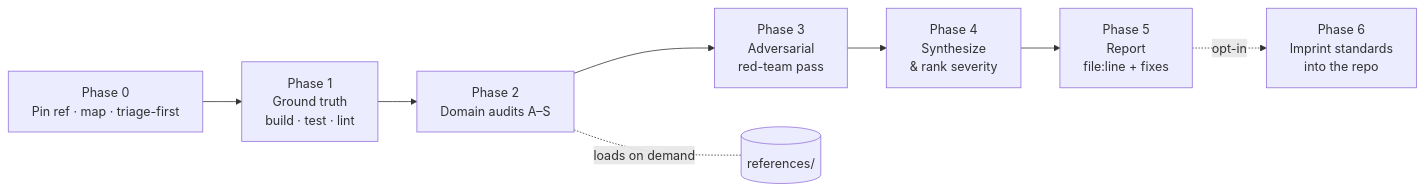
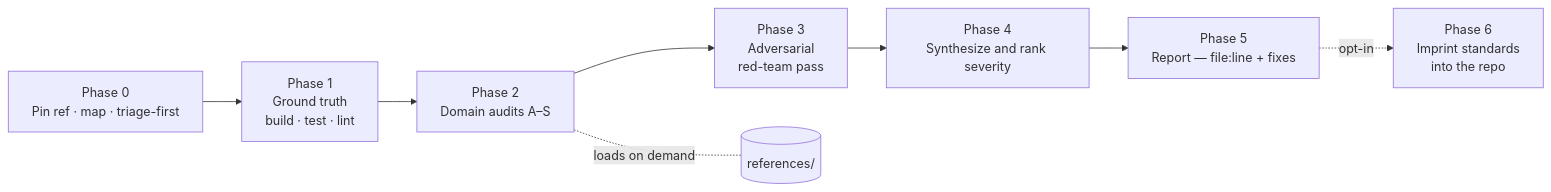
One commit to remigiusz-antczak/deep-code-review changed the second of 2 diagrams in README.md. Above: the diagram before and after it, drawn with Mermaid. The commit also changed other lines of this file, not shown here.

First line of the commit message:
docs(readme): onboarding-first overhaul — personas, one suite diagram, safer quickstart (#97)

````diff
--- a/README.md
+++ b/README.md
@@ -265,10 +192,10 @@
 ```mermaid
 flowchart LR
-  P0[Phase 0<br/>Pin ref · map · triage-first] --> P1[Phase 1<br/>Ground truth<br/>build · test · lint]
-  P1 --> P2[Phase 2<br/>Domain audits A–S]
-  P2 --> P3[Phase 3<br/>Adversarial<br/>red-team pass]
-  P3 --> P4[Phase 4<br/>Synthesize<br/>& rank severity]
-  P4 --> P5[Phase 5<br/>Report<br/>file:line + fixes]
-  P5 -.opt-in.-> P6[Phase 6<br/>Imprint standards<br/>into the repo]
-  P2 -. loads on demand .- R[(references/)]
+  P0["Phase 0<br/>Pin ref · map · triage-first"] --> P1["Phase 1<br/>Ground truth<br/>build · test · lint"]
+  P1 --> P2["Phase 2<br/>Domain audits A–S"]
+  P2 --> P3["Phase 3<br/>Adversarial<br/>red-team pass"]
+  P3 --> P4["Phase 4<br/>Synthesize and rank severity"]
+  P4 --> P5["Phase 5<br/>Report — file:line + fixes"]
+  P5 -.opt-in.-> P6["Phase 6<br/>Imprint standards<br/>into the repo"]
+  P2 -. loads on demand .- R[("references/")]
 ```
````
